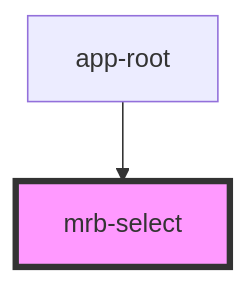
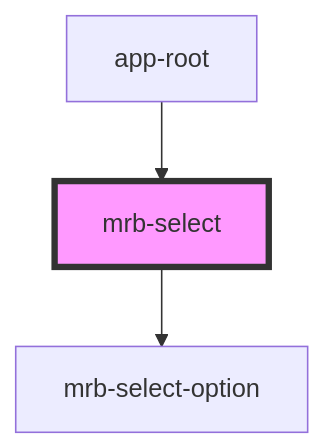
Before and after one commit to rbernalagainagain/stenbook: the diagram in src/components/select/readme.md, drawn with Mermaid. The commit also changed other lines of this file and 29 other files, not shown here.

````diff
--- a/src/components/select/readme.md
+++ b/src/components/select/readme.md
@@ -30,5 +35,6 @@
 ```mermaid
 graph TD;
+  mrb-select --> mrb-select-option
   app-root --> mrb-select
   style mrb-select fill:#f9f,stroke:#333,stroke-width:4px
 ```
````
